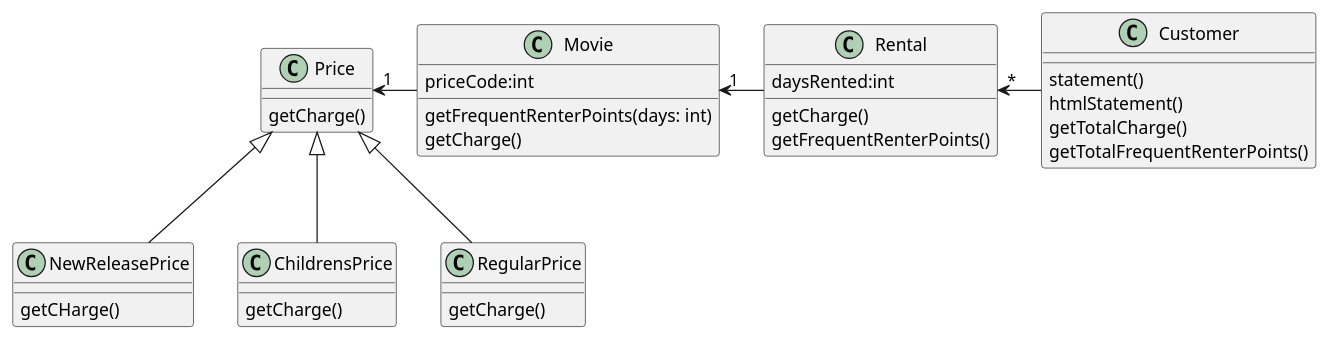
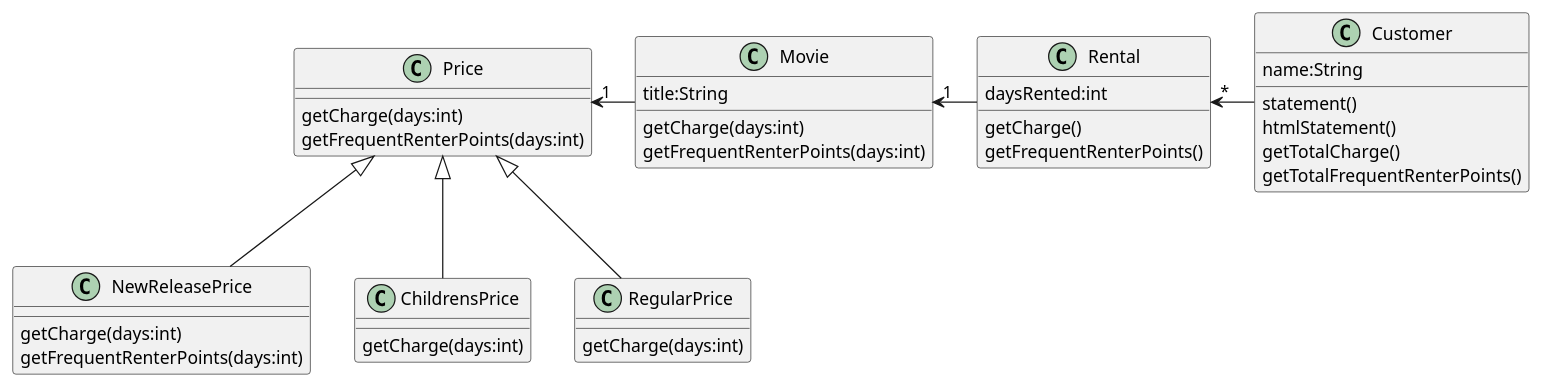
The second of 3 diagrams in docs/src/refacotring.md (k2works/etude_for_java), drawn with PlantUML before and after one commit. The commit also changed other lines of this file and 4 other files, not shown here.

````diff
--- a/docs/src/refacotring.md
+++ b/docs/src/refacotring.md
@@ -46,36 +46,39 @@
 ```puml
 class NewReleasePrice {
-    getCHarge()
+  getCharge(days:int)
+  getFrequentRenterPoints(days:int)
 }
 class ChildrensPrice {
-    getCharge()
+  getCharge(days:int)
 }
 class RegularPrice {
-    getCharge()
+  getCharge(days:int)
 }
 class Price {
-    getCharge()
+  getCharge(days:int)
+  getFrequentRenterPoints(days:int)
 }
 class Movie {
-  priceCode:int
-  getFrequentRenterPoints(days: int)
-  getCharge()
+  title:String
+  getCharge(days:int)
+  getFrequentRenterPoints(days:int)
 }
 class Rental {
   daysRented:int
   getCharge()
   getFrequentRenterPoints()
 }
 class Customer {
+  name:String
   statement()
   htmlStatement()
   getTotalCharge()
   getTotalFrequentRenterPoints()
 }
 Price <|-- NewReleasePrice
 Price <|-- ChildrensPrice
 Price <|-- RegularPrice
 Price "1"<- Movie
 Movie "1"<- Rental
 Rental "*"<- Customer
 ```
````
